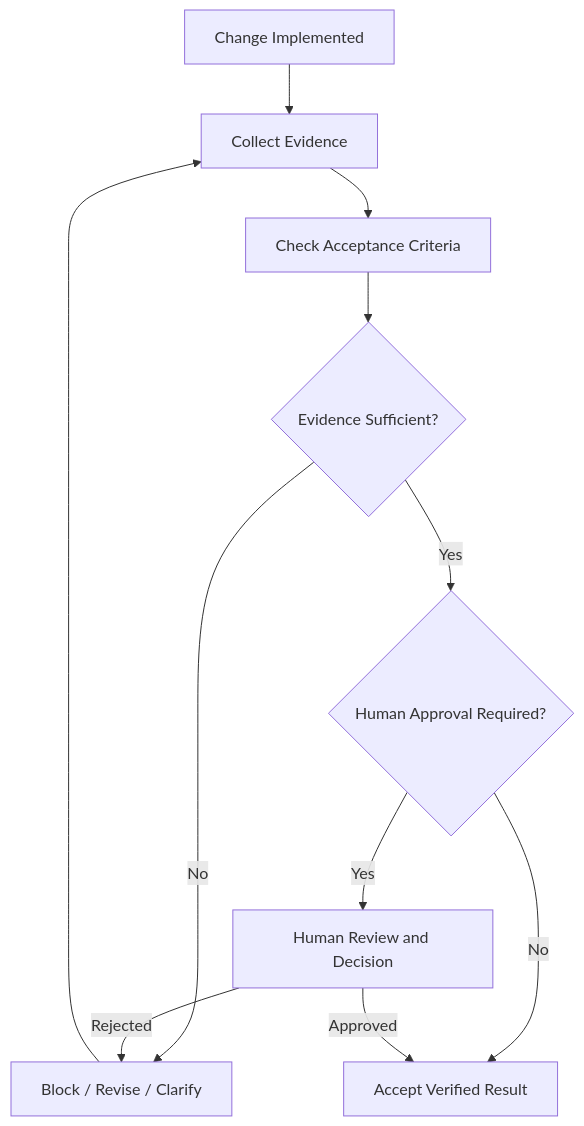
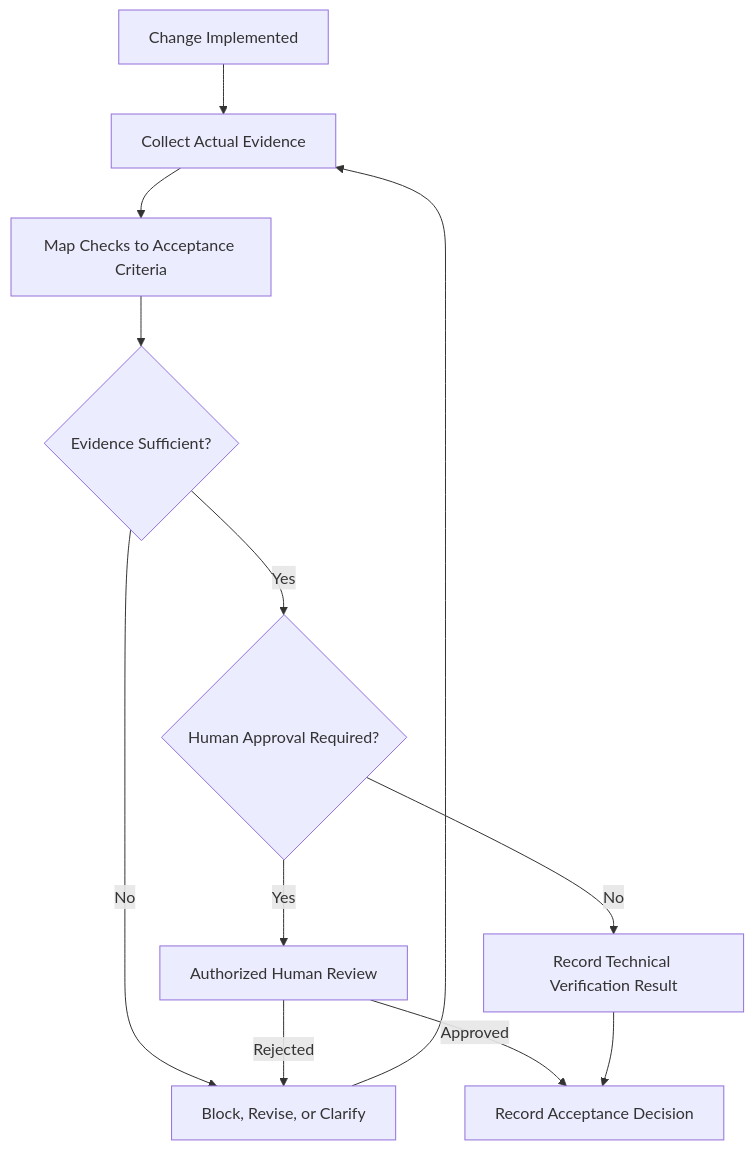
The fourth of 4 diagrams in docs/architecture.md (donghp/beyond-vibe-coding), drawn with Mermaid before and after one commit. The commit also changed other lines of this file, not shown here.

````diff
--- a/docs/architecture.md
+++ b/docs/architecture.md
@@ -244,13 +294,14 @@
 ```mermaid
 flowchart TD
-    A["Change Implemented"] --> B["Collect Evidence"]
-    B --> C["Check Acceptance Criteria"]
+    A["Change Implemented"] --> B["Collect Actual Evidence"]
+    B --> C["Map Checks to Acceptance Criteria"]
     C --> D{"Evidence Sufficient?"}
-    D -->|"No"| E["Block / Revise / Clarify"]
+    D -->|"No"| E["Block, Revise, or Clarify"]
     E --> B
     D -->|"Yes"| F{"Human Approval Required?"}
-    F -->|"Yes"| G["Human Review and Decision"]
-    F -->|"No"| H["Accept Verified Result"]
-    G -->|"Approved"| H
+    F -->|"Yes"| G["Authorized Human Review"]
+    F -->|"No"| H["Record Technical Verification Result"]
+    G -->|"Approved"| I["Record Acceptance Decision"]
     G -->|"Rejected"| E
+    H --> I
 ```
````
